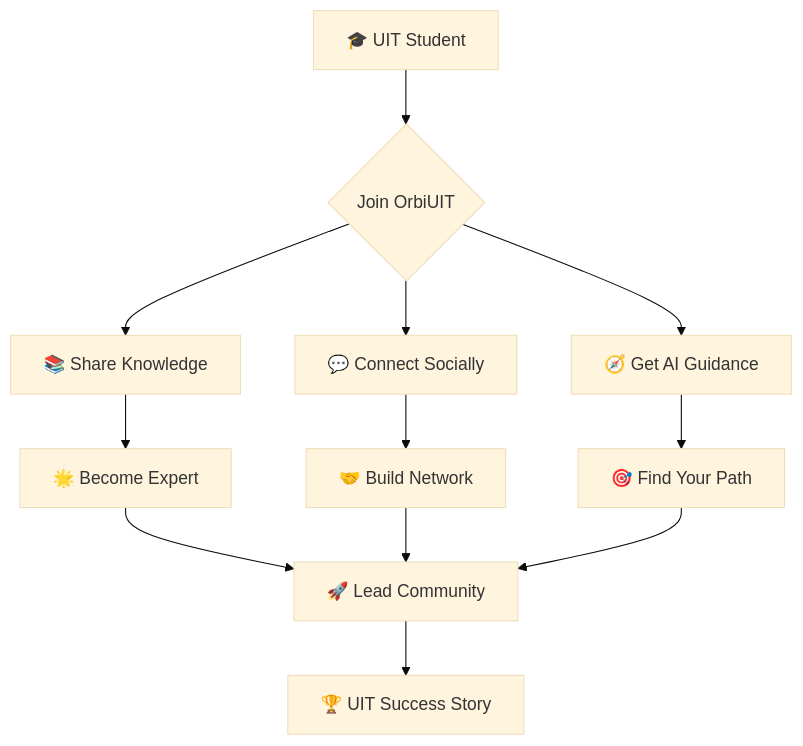
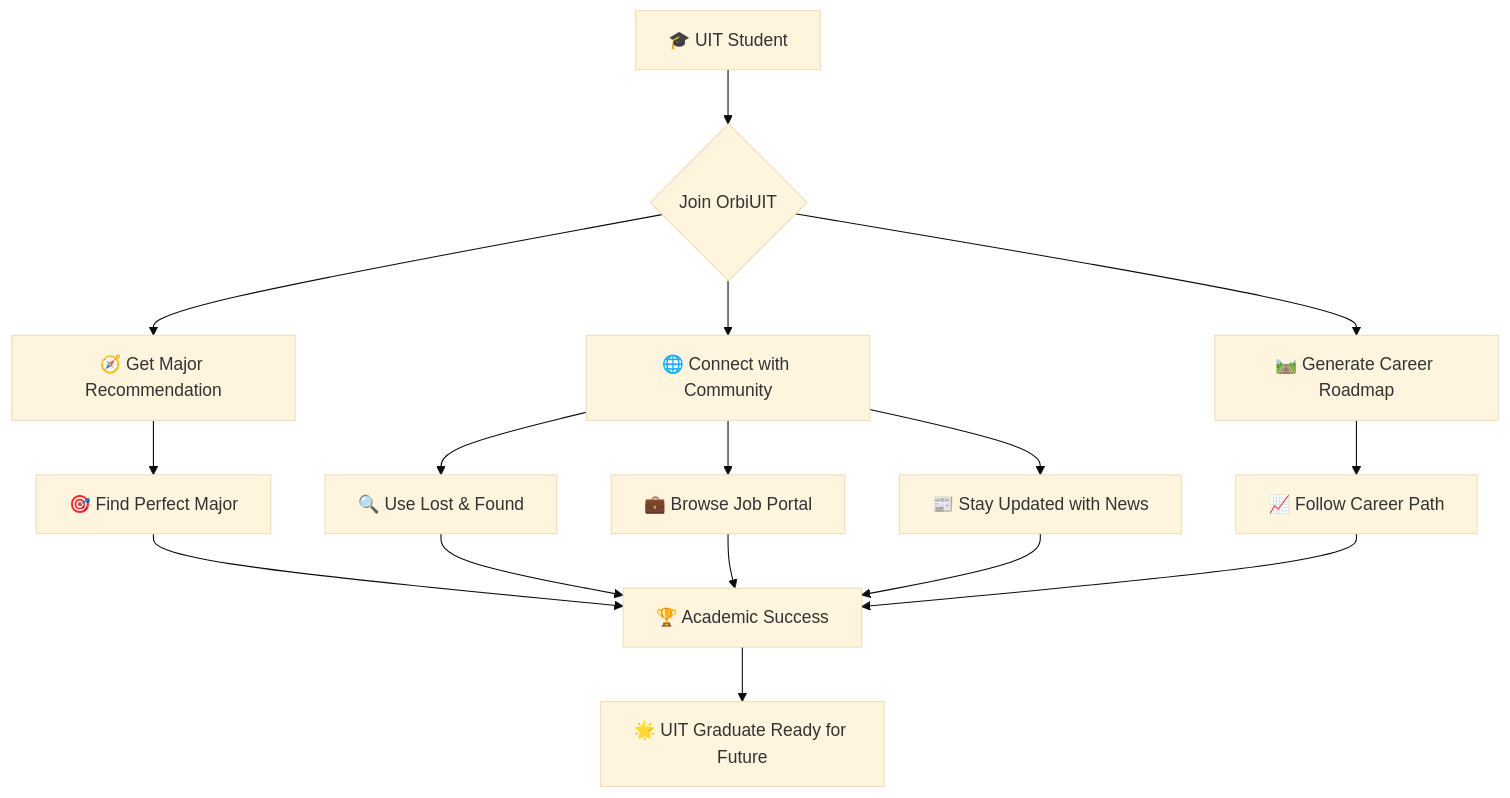
Before and after one commit to Ye-Thiha84/OrbiUIT: the diagram in README.md, drawn with Mermaid (base theme). The commit also changed other lines of this file, not shown here.

````diff
--- a/README.md
+++ b/README.md
@@ -95,14 +95,18 @@
 ```mermaid
 graph TD
     A[🎓 UIT Student] --> B{Join OrbiUIT}
-    B --> C[📚 Share Knowledge]
-    B --> D[💬 Connect Socially]
-    B --> E[🧭 Get AI Guidance]
-    C --> F[🌟 Become Expert]
-    D --> G[🤝 Build Network]
-    E --> H[🎯 Find Your Path]
-    F --> I[🚀 Lead Community]
-    G --> I
-    H --> I
-    I --> J[🏆 UIT Success Story]
+    B --> C[🧭 Get Major Recommendation]
+    B --> D[🌐 Connect with Community]
+    B --> E[🛤️ Generate Career Roadmap]
+    C --> F[🎯 Find Perfect Major]
+    D --> G[🔍 Use Lost & Found]
+    D --> H[💼 Browse Job Portal]
+    D --> I[📰 Stay Updated with News]
+    E --> J[📈 Follow Career Path]
+    F --> K[🏆 Academic Success]
+    G --> K
+    H --> K
+    I --> K
+    J --> K
+    K --> L[🌟 UIT Graduate Ready for Future]
 ```
````
